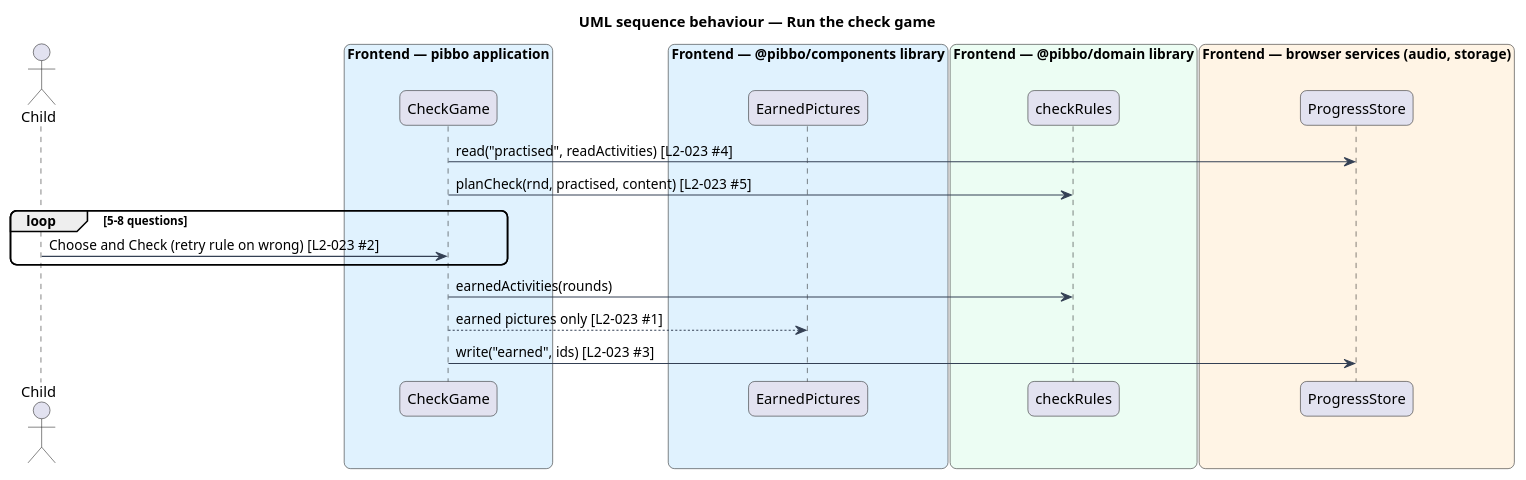
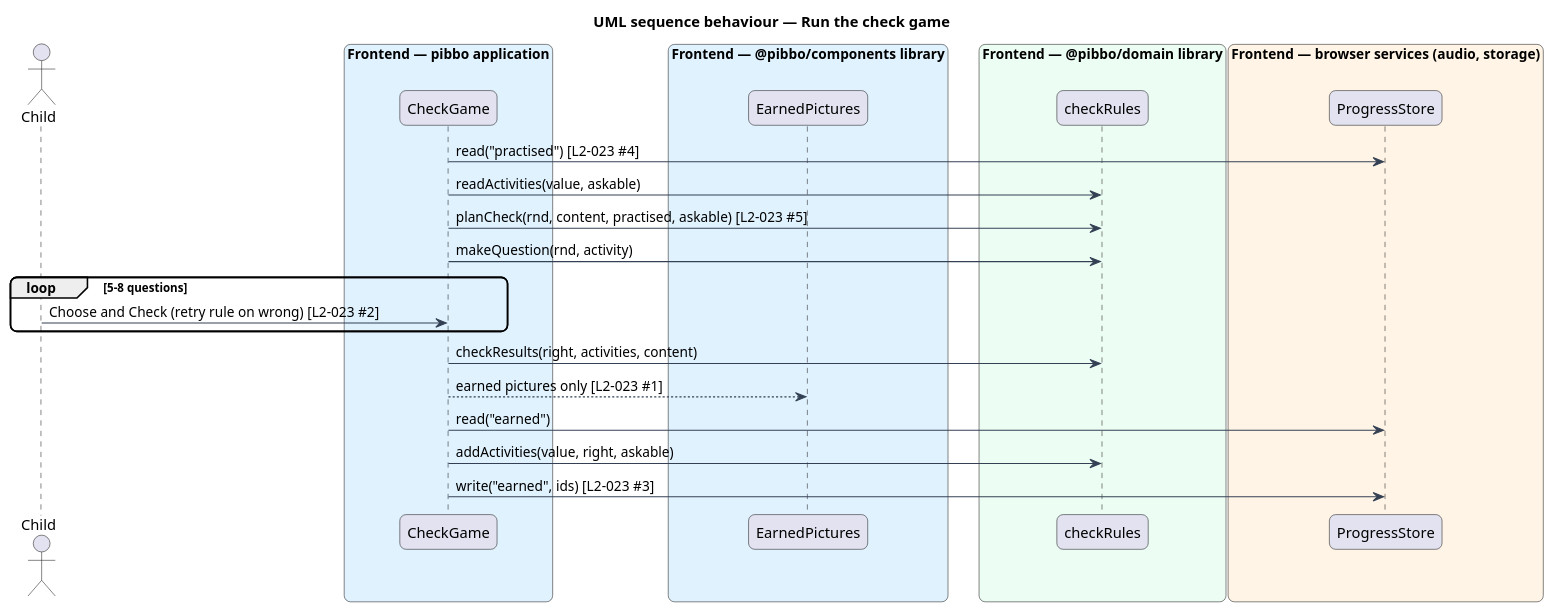
The diagram in docs/detailed-designs/lessons/check-game/diagrams/sequence-run-check-game.puml (QuinntyneBrown/pibbo), drawn with PlantUML before and after one commit. The commit also changed 8 other files, not shown here.

```diff
--- a/docs/detailed-designs/lessons/check-game/diagrams/sequence-run-check-game.puml
+++ b/docs/detailed-designs/lessons/check-game/diagrams/sequence-run-check-game.puml
@@ -1,29 +1,33 @@
 @startuml
 title UML sequence behaviour — Run the check game
 skinparam backgroundColor #FFFFFF
 skinparam shadowing false
 skinparam roundcorner 12
 skinparam defaultFontName Arial
 skinparam ArrowColor #344054
 actor "Child" as actor
 box "Frontend — pibbo application" #E0F2FE
   participant "CheckGame" as page
 end box
 box "Frontend — @pibbo/components library" #E0F2FE
   participant "EarnedPictures" as res
 end box
 box "Frontend — @pibbo/domain library" #ECFDF3
   participant "checkRules" as rules
 end box
 box "Frontend — browser services (audio, storage)" #FFF4E5
   participant "ProgressStore" as store
 end box
-page -> store : read("practised", readActivities) [L2-023 #4]
-page -> rules : planCheck(rnd, practised, content) [L2-023 #5]
+page -> store : read("practised") [L2-023 #4]
+page -> rules : readActivities(value, askable)
+page -> rules : planCheck(rnd, content, practised, askable) [L2-023 #5]
+page -> rules : makeQuestion(rnd, activity)
 loop 5-8 questions
   actor -> page : Choose and Check (retry rule on wrong) [L2-023 #2]
 end
-page -> rules : earnedActivities(rounds)
+page -> rules : checkResults(right, activities, content)
 page --> res : earned pictures only [L2-023 #1]
+page -> store : read("earned")
+page -> rules : addActivities(value, right, askable)
 page -> store : write("earned", ids) [L2-023 #3]
 @enduml
```
